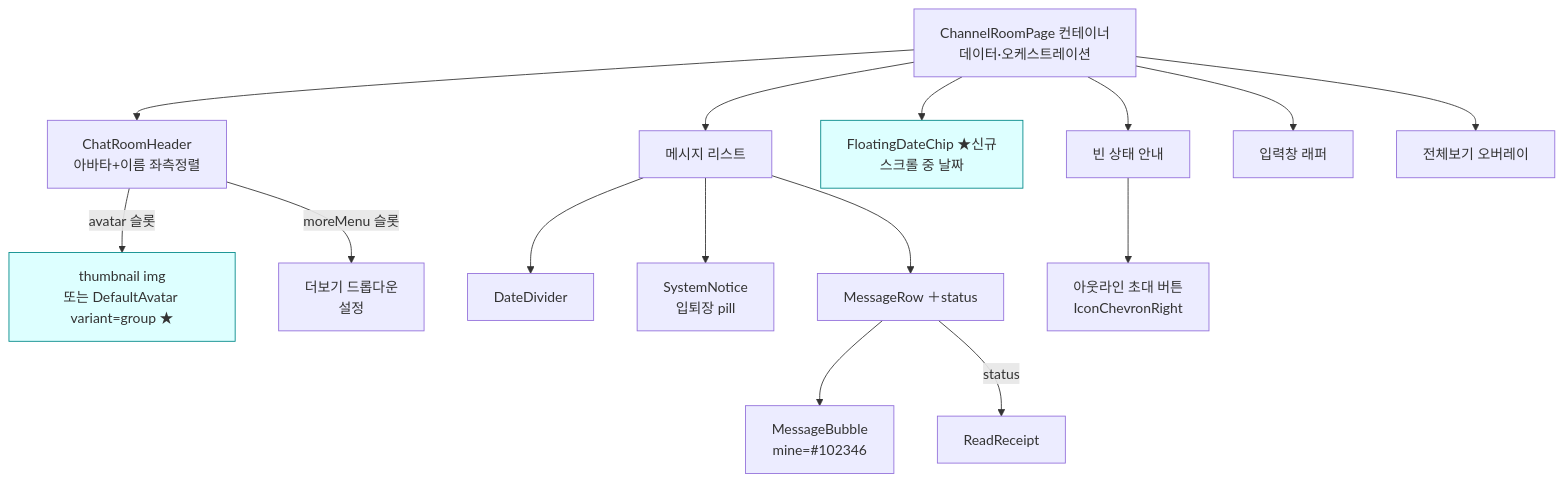
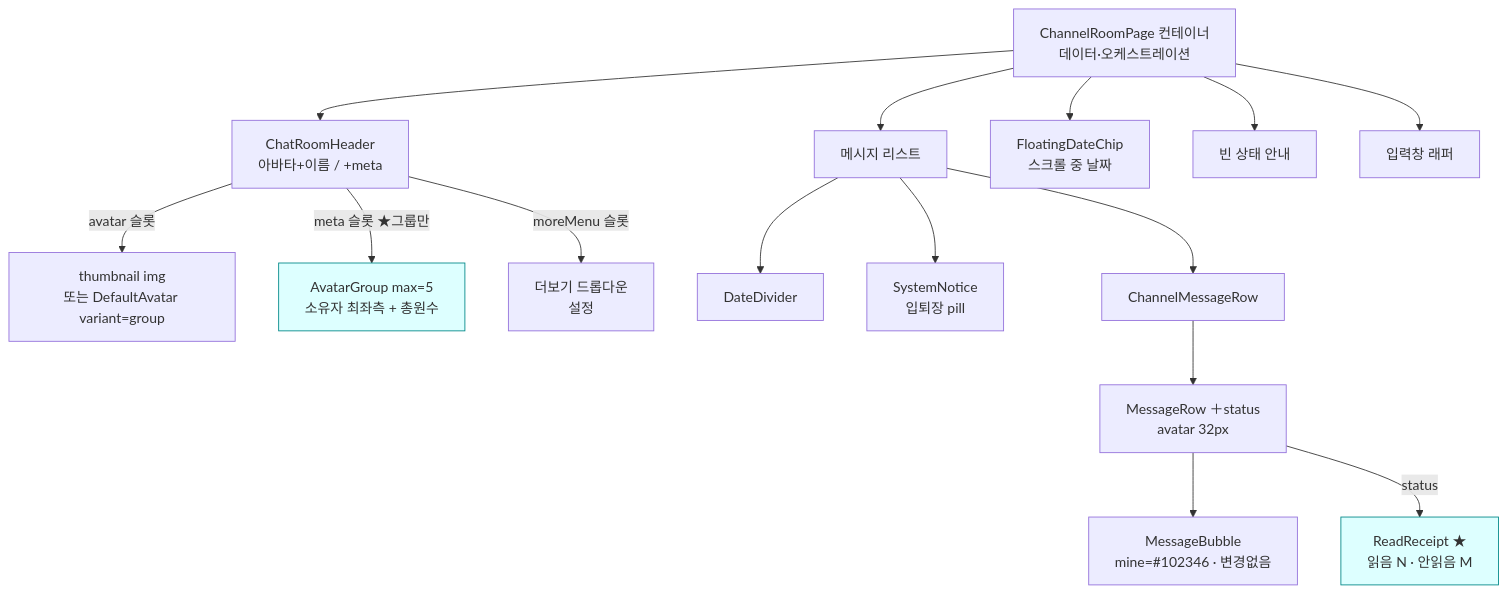
The first of 3 diagrams in apps/web/docs/feature/channels/chat-room-ui.md (lemoncloud-io/dou-app), drawn with Mermaid before and after one commit. The commit also changed other lines of this file and 7 other files, not shown here.

````diff
--- a/apps/web/docs/feature/channels/chat-room-ui.md
+++ b/apps/web/docs/feature/channels/chat-room-ui.md
@@ -87,21 +95,21 @@
 ```mermaid
 graph TD
     Page[ChannelRoomPage 컨테이너<br/>데이터·오케스트레이션] --> Header
     Page --> List[메시지 리스트]
-    Page --> Float[FloatingDateChip ★신규<br/>스크롤 중 날짜]
+    Page --> Float[FloatingDateChip<br/>스크롤 중 날짜]
     Page --> Empty[빈 상태 안내]
     Page --> Input[입력창 래퍼]
-    Page --> Expand[전체보기 오버레이]
 
-    Header[ChatRoomHeader<br/>아바타+이름 좌측정렬] -->|avatar 슬롯| AV[thumbnail img<br/>또는 DefaultAvatar variant=group ★]
+    Header[ChatRoomHeader<br/>아바타+이름 / +meta] -->|avatar 슬롯| AV[thumbnail img<br/>또는 DefaultAvatar variant=group]
+    Header -->|meta 슬롯 ★그룹만| AG[AvatarGroup max=5<br/>소유자 최좌측 + 총원수]
     Header -->|moreMenu 슬롯| Menu[더보기 드롭다운<br/>설정]
     List --> DD[DateDivider]
     List --> SN[SystemNotice<br/>입퇴장 pill]
-    List --> Row[MessageRow ＋status]
-    Row --> Bubble[MessageBubble<br/>mine=#102346]
-    Row -->|status| RR[ReadReceipt]
-    Empty --> Btn[아웃라인 초대 버튼<br/>IconChevronRight]
+    List --> Row[ChannelMessageRow]
+    Row --> MR[MessageRow ＋status<br/>avatar 32px]
+    MR --> Bubble[MessageBubble<br/>mine=#102346 · 변경없음]
+    MR -->|status| RR[ReadReceipt ★<br/>읽음 N · 안읽음 M]
 
     classDef new fill:#dff,stroke:#088;
-    class Float,AV new;
+    class AG,RR new;
 ```
````
